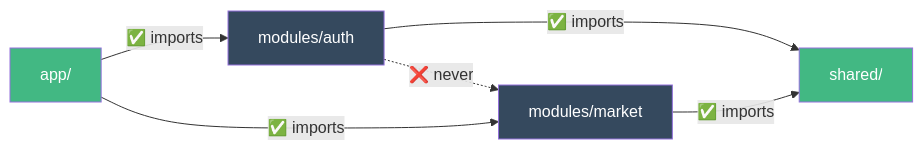
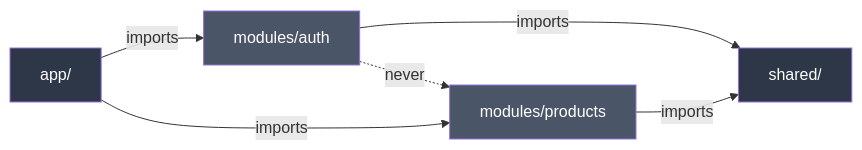
One commit to NoaiRox/specialist-agent changed the second of 2 diagrams in docs/guide/architecture.md. Above: the diagram before and after it, drawn with Mermaid. The commit also changed other lines of this file and 7 other files, not shown here.

First line of the commit message:
refactor(docs): make ARCHITECTURE.md optional and docs framework-agnostic (#60)

````diff
--- a/docs/guide/architecture.md
+++ b/docs/guide/architecture.md
@@ -28,13 +71,13 @@
 ```mermaid
 graph LR
-    App["app/"] -->|"✅ imports"| ModA["modules/auth"]
-    App -->|"✅ imports"| ModB["modules/market"]
-    ModA -->|"✅ imports"| Shared["shared/"]
-    ModB -->|"✅ imports"| Shared
-    ModA -.->|"❌ never"| ModB
+    App["app/"] -->|"imports"| ModA["modules/auth"]
+    App -->|"imports"| ModB["modules/products"]
+    ModA -->|"imports"| Shared["shared/"]
+    ModB -->|"imports"| Shared
+    ModA -.->|"never"| ModB
 
-    style App fill:#42b883,color:#fff
-    style ModA fill:#35495e,color:#fff
-    style ModB fill:#35495e,color:#fff
-    style Shared fill:#42b883,color:#fff
+    style App fill:#2d3748,color:#fff
+    style ModA fill:#4a5568,color:#fff
+    style ModB fill:#4a5568,color:#fff
+    style Shared fill:#2d3748,color:#fff
 ```
````
